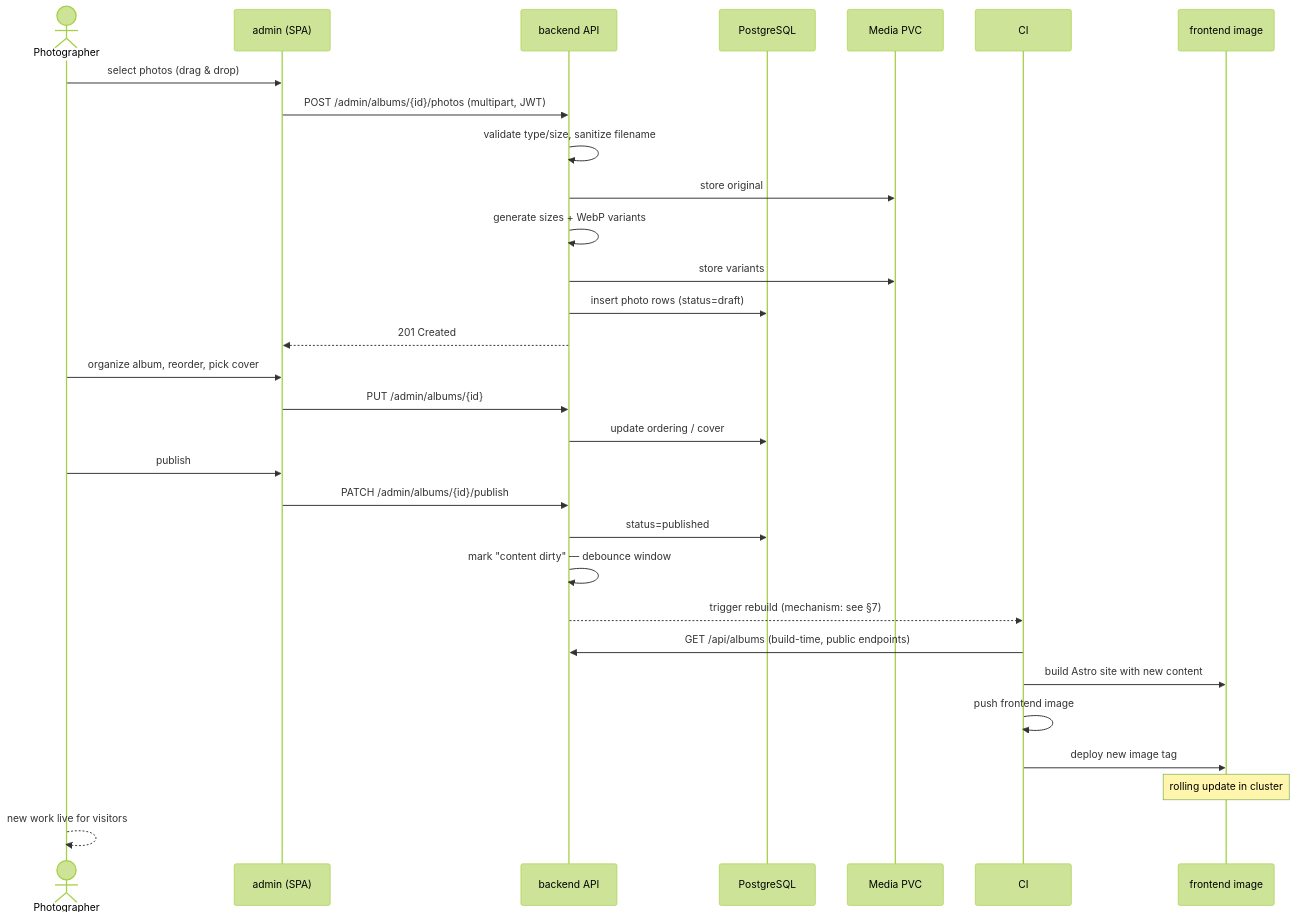
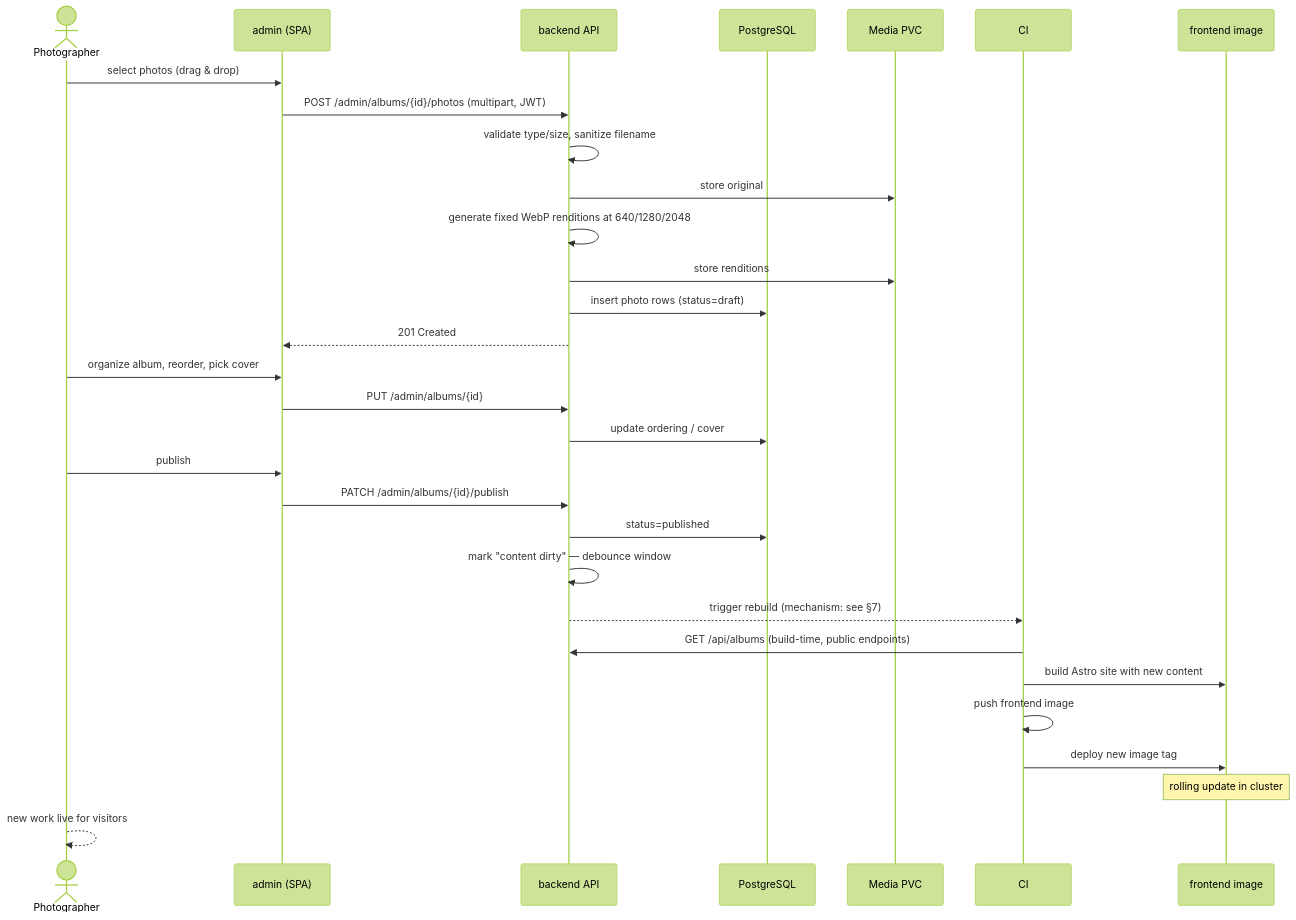
One commit to toledobrendo/btagila-portfolio changed the third of 5 diagrams in ARCHITECTURE.md. Above: the diagram before and after it, drawn with Mermaid (forest theme). The commit also changed other lines of this file and 5 other files, not shown here.

````diff
--- a/ARCHITECTURE.md
+++ b/ARCHITECTURE.md
@@ -105,37 +105,37 @@
 ```mermaid
 sequenceDiagram
     actor Ph as Photographer
     participant Admin as admin (SPA)
     participant API as backend API
     participant DB as PostgreSQL
     participant Vol as Media PVC
     participant CI as CI
     participant FE as frontend image
 
     Ph->>Admin: select photos (drag & drop)
     Admin->>API: POST /admin/albums/{id}/photos (multipart, JWT)
     API->>API: validate type/size, sanitize filename
     API->>Vol: store original
-    API->>API: generate sizes + WebP variants
-    API->>Vol: store variants
+    API->>API: generate fixed WebP renditions at 640/1280/2048
+    API->>Vol: store renditions
     API->>DB: insert photo rows (status=draft)
     API-->>Admin: 201 Created
 
     Ph->>Admin: organize album, reorder, pick cover
     Admin->>API: PUT /admin/albums/{id}
     API->>DB: update ordering / cover
 
     Ph->>Admin: publish
     Admin->>API: PATCH /admin/albums/{id}/publish
     API->>DB: status=published
     API->>API: mark "content dirty" — debounce window
     API-->>CI: trigger rebuild (mechanism: see §7)
 
     CI->>API: GET /api/albums (build-time, public endpoints)
     CI->>FE: build Astro site with new content
     CI->>CI: push frontend image
     CI->>FE: deploy new image tag
     Note over FE: rolling update in cluster
 
     Ph-->>Ph: new work live for visitors
 ```
````
